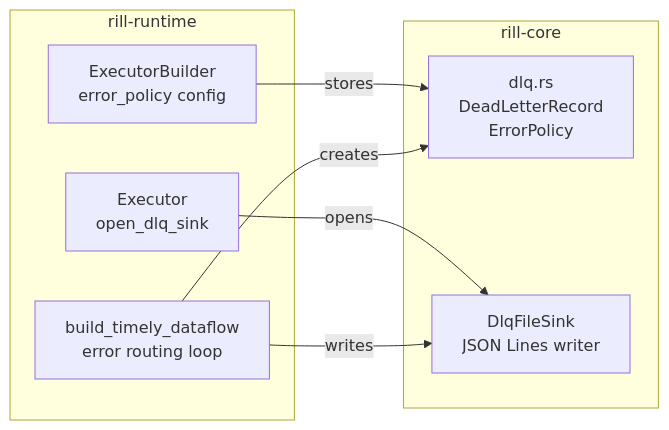
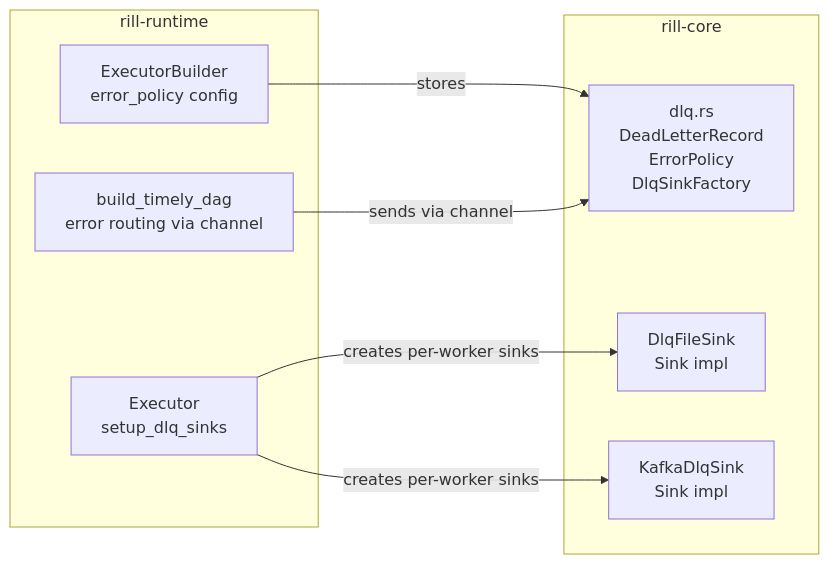
Before and after one commit to RcRonco/rhei: the third of 3 diagrams in ADR/dead-letter-queue.md, drawn with Mermaid. The commit also changed other lines of this file and 12 other files, not shown here.

````diff
--- a/ADR/dead-letter-queue.md
+++ b/ADR/dead-letter-queue.md
@@ -104,18 +133,19 @@
 ```mermaid
 graph LR
     subgraph rill-core
-        DLQ[dlq.rs<br/>DeadLetterRecord<br/>ErrorPolicy]
-        SINK[DlqFileSink<br/>JSON Lines writer]
+        DLQ[dlq.rs<br/>DeadLetterRecord<br/>ErrorPolicy<br/>DlqSinkFactory]
+        FSINK[DlqFileSink<br/>Sink impl]
+        KSINK[KafkaDlqSink<br/>Sink impl]
     end
 
     subgraph rill-runtime
         EB[ExecutorBuilder<br/>error_policy config]
-        EX[Executor<br/>open_dlq_sink]
-        TD[build_timely_dataflow<br/>error routing loop]
+        EX[Executor<br/>setup_dlq_sinks]
+        TD[build_timely_dag<br/>error routing via channel]
     end
 
     EB -->|stores| DLQ
-    EX -->|opens| SINK
-    TD -->|writes| SINK
-    TD -->|creates| DLQ
+    EX -->|creates per-worker sinks| FSINK
+    EX -->|creates per-worker sinks| KSINK
+    TD -->|sends via channel| DLQ
 ```
````
